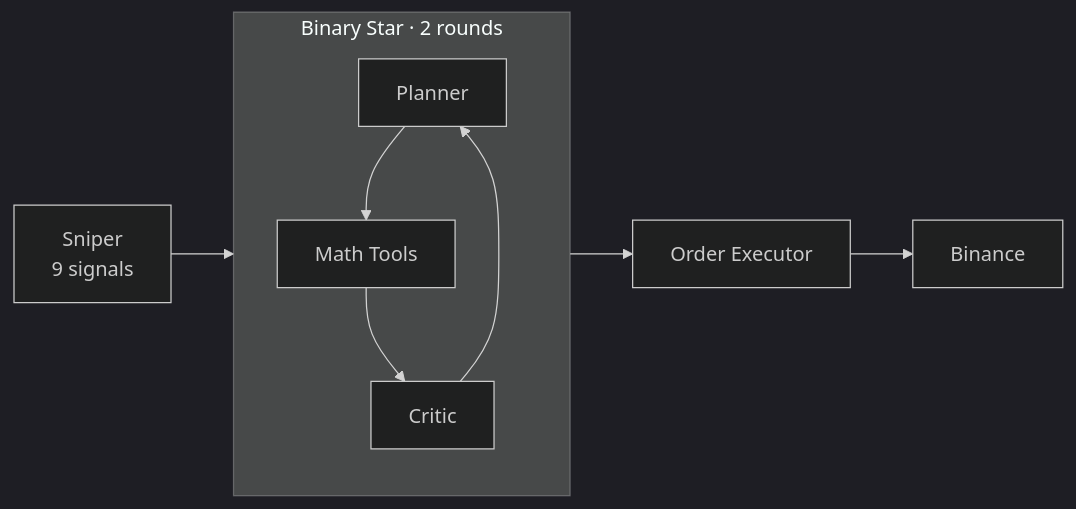
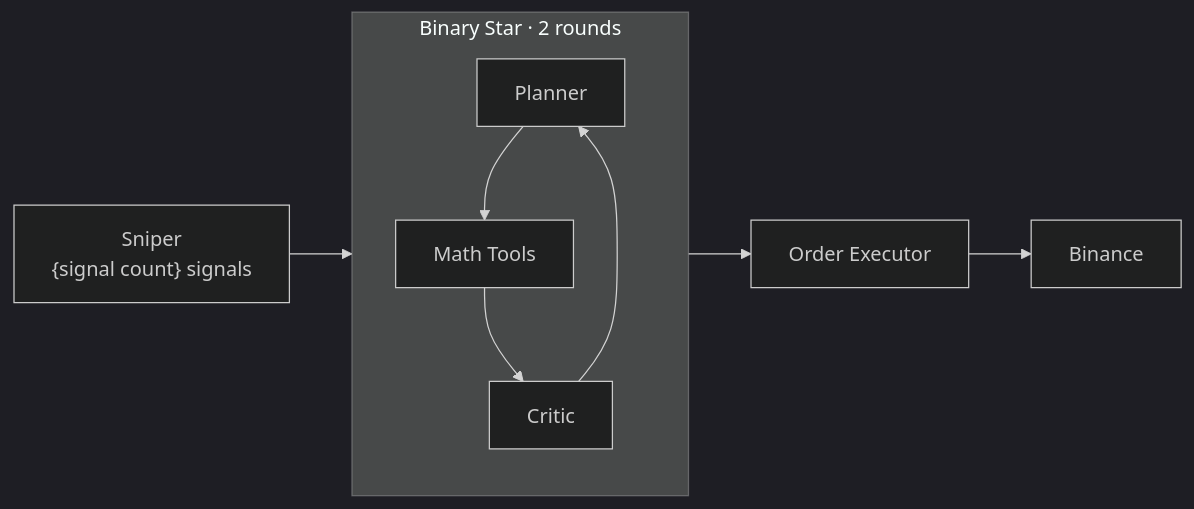
The third of 4 diagrams in .claude/skills/update-readme/SKILL.md (jiangyang5157/binary-star), drawn with Mermaid (dark theme) before and after one commit. The commit also changed other lines of this file and 2 other files, not shown here.

Commit message:
refactor: update documentation and audit guidelines to reflect current signal counts and extracted guardian state machine methods

````diff
--- a/.claude/skills/update-readme/SKILL.md
+++ b/.claude/skills/update-readme/SKILL.md
@@ -210,15 +210,15 @@
 ```mermaid
 graph LR
     subgraph Debate["Binary Star · 2 rounds"]
         Planner["Planner"]
         Critic["Critic"]
         Math["Math Tools"]
         Planner --> Math
         Math --> Critic
         Critic --> Planner
     end
 
-    Sniper["Sniper<br/>9 signals"] --> Debate
+    Sniper["Sniper<br/>{signal count} signals"] --> Debate
     Debate --> Executor["Order Executor"]
     Executor --> Binance["Binance"]
 ```
````
